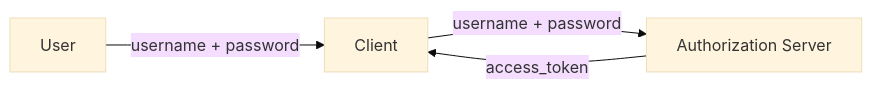
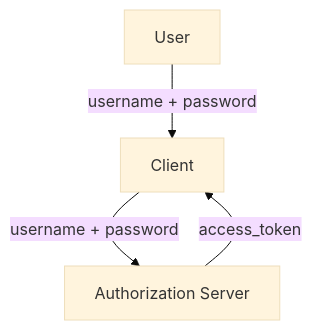
Before and after one commit to cary-xgl/blog: the third of 4 diagrams in content/tech/OAuth.md, drawn with Mermaid (base theme). The commit also changed other lines of this file, not shown here.

Commit message:
fix: 调整 OAuth 图示方向

```diff
--- a/content/tech/OAuth.md
+++ b/content/tech/OAuth.md
@@ -110,6 +110,6 @@
 <pre class="mermaid">
-flowchart LR
+flowchart TB
     U[User] -->|username + password| C[Client]
     C -->|username + password| A[Authorization Server]
     A -->|access_token| C
 </pre>
```
